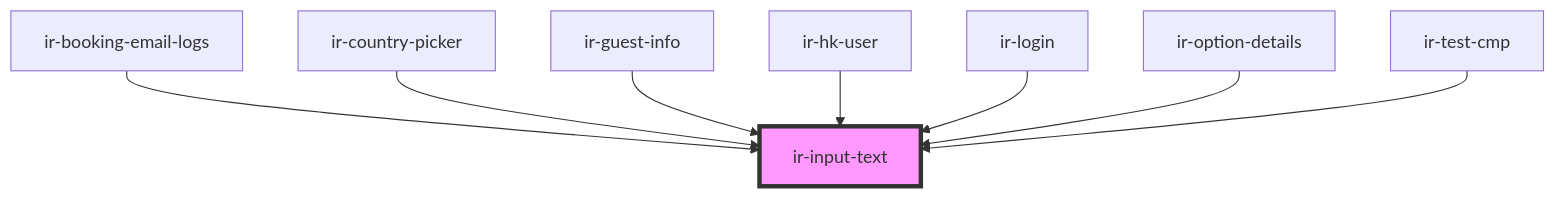
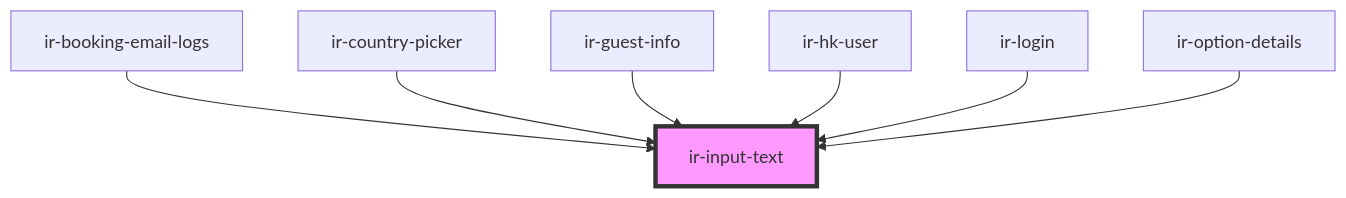
One commit to RonyRizk/ir-webcmp changed the diagram in src/components/ui/ir-input-text/readme.md. Above: the diagram before and after it, drawn with Mermaid. The commit also changed other lines of this file and 586 other files, not shown here.

````diff
--- a/src/components/ui/ir-input-text/readme.md
+++ b/src/components/ui/ir-input-text/readme.md
@@ -115,11 +114,10 @@
 ```mermaid
 graph TD;
   ir-booking-email-logs --> ir-input-text
   ir-country-picker --> ir-input-text
   ir-guest-info --> ir-input-text
   ir-hk-user --> ir-input-text
   ir-login --> ir-input-text
   ir-option-details --> ir-input-text
-  ir-test-cmp --> ir-input-text
   style ir-input-text fill:#f9f,stroke:#333,stroke-width:4px
 ```
````
